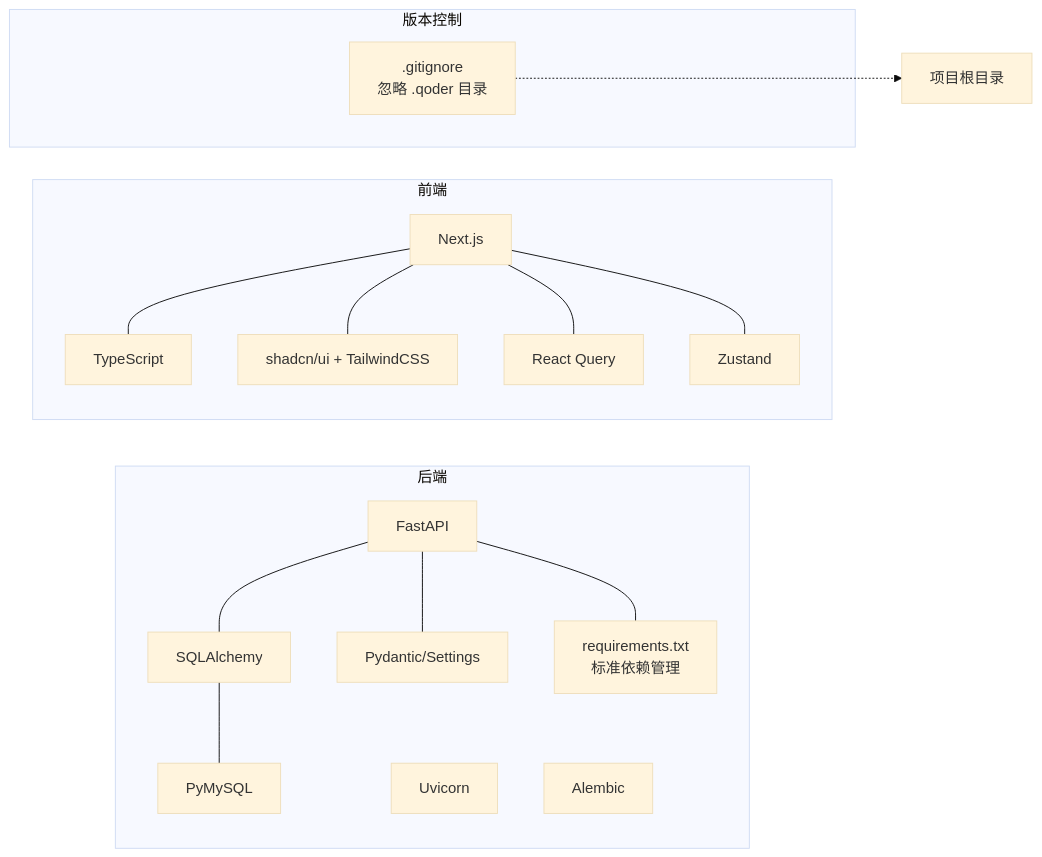
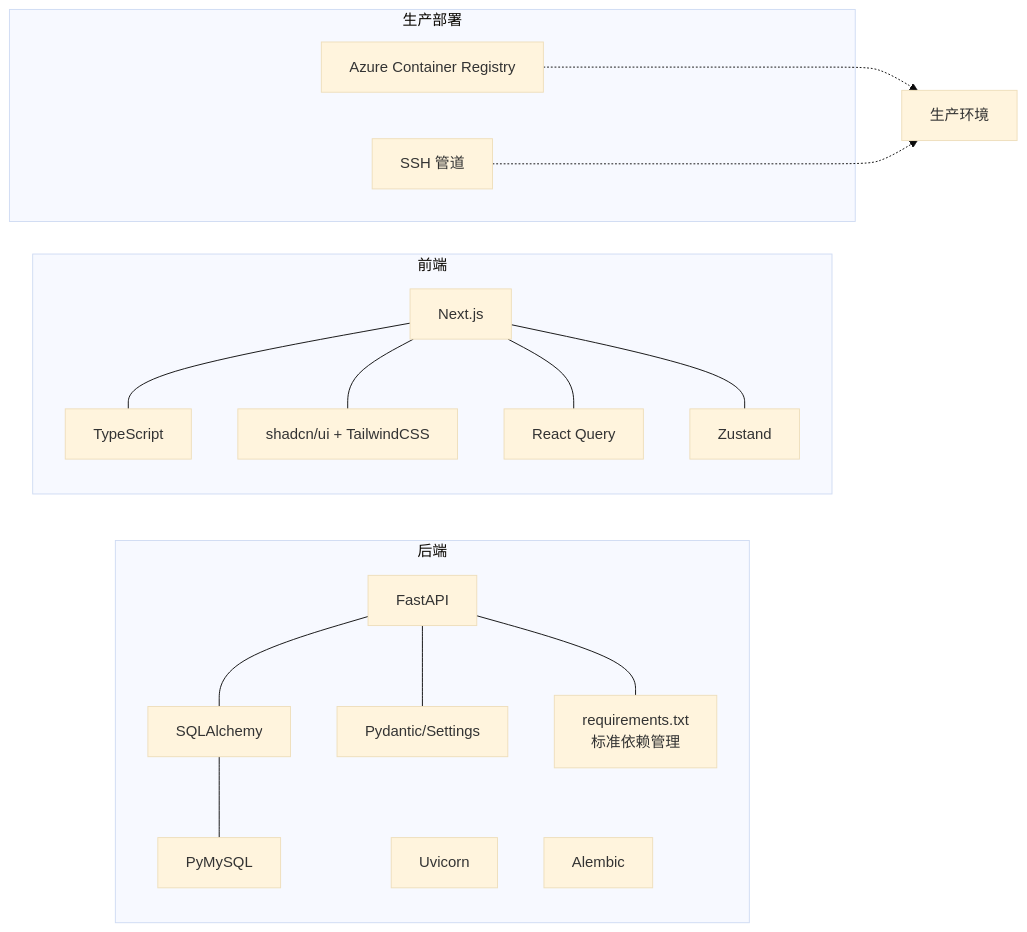
The third of 3 diagrams in .qoder/repowiki/zh/content/开发指南/环境搭建.md (gujialind/InvestRing), drawn with Mermaid (base theme) before and after one commit. The commit also changed other lines of this file and 8 other files, not shown here.

````diff
--- a/.qoder/repowiki/zh/content/开发指南/环境搭建.md
+++ b/.qoder/repowiki/zh/content/开发指南/环境搭建.md
@@ -247,31 +225,33 @@
 ```mermaid
 graph LR
 subgraph "后端"
 Py_FastAPI["FastAPI"]
 Py_SQLA["SQLAlchemy"]
 Py_Pyd["Pydantic/Settings"]
 Py_Uvicorn["Uvicorn"]
 Py_Alembic["Alembic"]
 Py_DB_Driver["PyMySQL"]
 Py_Req["requirements.txt<br/>标准依赖管理"]
 end
 subgraph "前端"
 JS_Next["Next.js"]
 JS_TS["TypeScript"]
 JS_UI["shadcn/ui + TailwindCSS"]
 JS_Query["React Query"]
 JS_Store["Zustand"]
 end
-subgraph "版本控制"
-Git_Ignore[".gitignore<br/>忽略 .qoder 目录"]
+subgraph "生产部署"
+ACR["Azure Container Registry"]
+SSH["SSH 管道"]
 end
 Py_FastAPI --- Py_SQLA
 Py_FastAPI --- Py_Pyd
 Py_SQLA --- Py_DB_Driver
 Py_FastAPI --- Py_Req
 JS_Next --- JS_TS
 JS_Next --- JS_UI
 JS_Next --- JS_Query
 JS_Next --- JS_Store
-Git_Ignore -.-> 项目根目录
+ACR -.-> 生产环境
+SSH -.-> 生产环境
 ```
````
